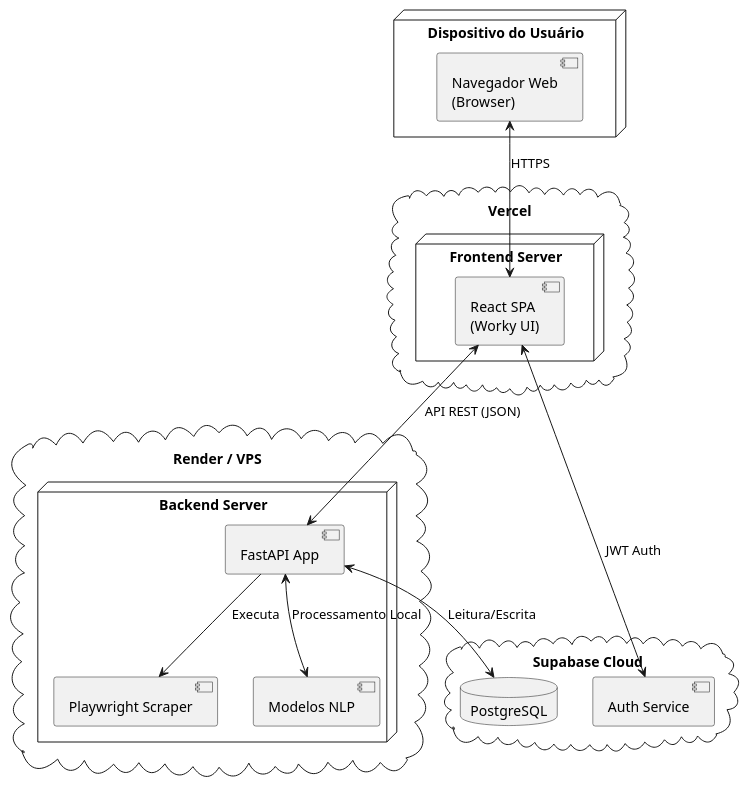
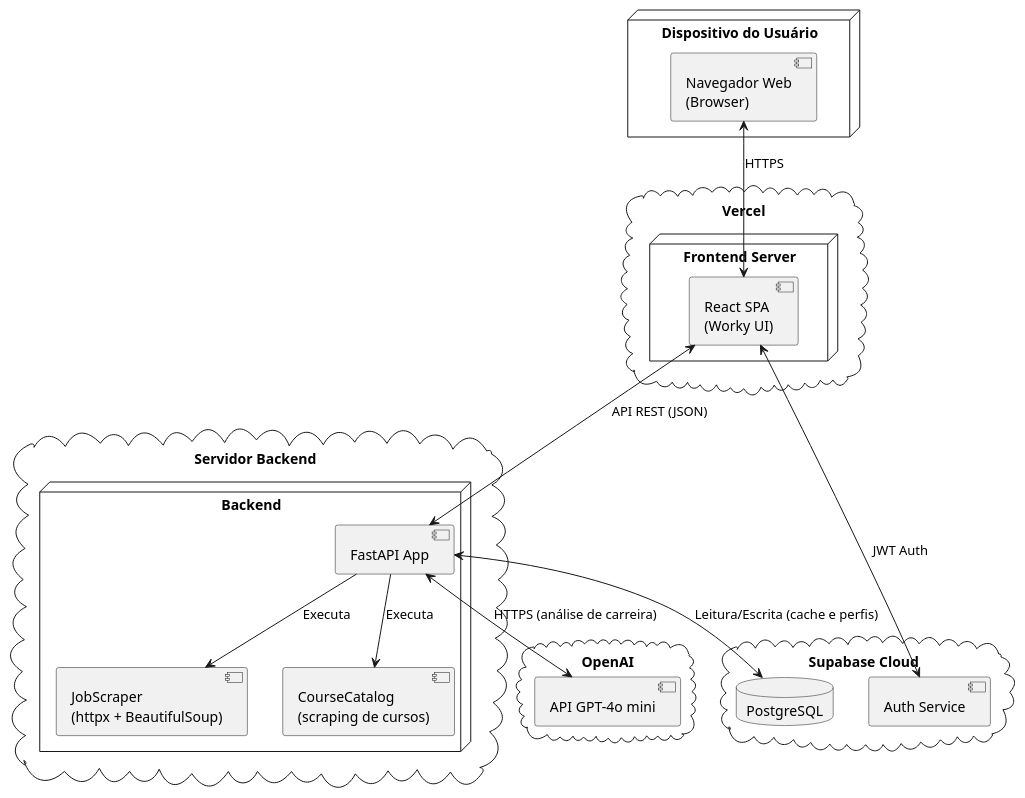
Before and after one commit to Midlab-my/Worky: the diagram in uml_diagrams/5_arquitetura.wsd, drawn with PlantUML. The commit also changed 28 other files, not shown here.

```diff
--- a/uml_diagrams/5_arquitetura.wsd
+++ b/uml_diagrams/5_arquitetura.wsd
@@ -1,31 +1,36 @@
 @startuml
 node "Dispositivo do Usuário" {
   component "Navegador Web\n(Browser)" as Browser
 }
 
 cloud "Vercel" {
   node "Frontend Server" {
     component "React SPA\n(Worky UI)" as ReactUI
   }
 }
 
-cloud "Render / VPS" {
-  node "Backend Server" {
+cloud "Servidor Backend" {
+  node "Backend" {
     component "FastAPI App" as FastAPI
-    component "Playwright Scraper" as Scraper
-    component "Modelos NLP" as IA
+    component "JobScraper\n(httpx + BeautifulSoup)" as Scraper
+    component "CourseCatalog\n(scraping de cursos)" as Courses
   }
+}
+
+cloud "OpenAI" {
+  component "API GPT-4o mini" as OpenAIAPI
 }
 
 cloud "Supabase Cloud" {
   database "PostgreSQL" as PG
   component "Auth Service" as Auth
 }
 
 Browser <--> ReactUI : HTTPS
 ReactUI <--> FastAPI : API REST (JSON)
 ReactUI <--> Auth : JWT Auth
 FastAPI --> Scraper : Executa
-FastAPI <--> IA : Processamento Local
-FastAPI <--> PG : Leitura/Escrita
+FastAPI --> Courses : Executa
+FastAPI <--> OpenAIAPI : HTTPS (análise de carreira)
+FastAPI <--> PG : Leitura/Escrita (cache e perfis)
 @enduml
```
